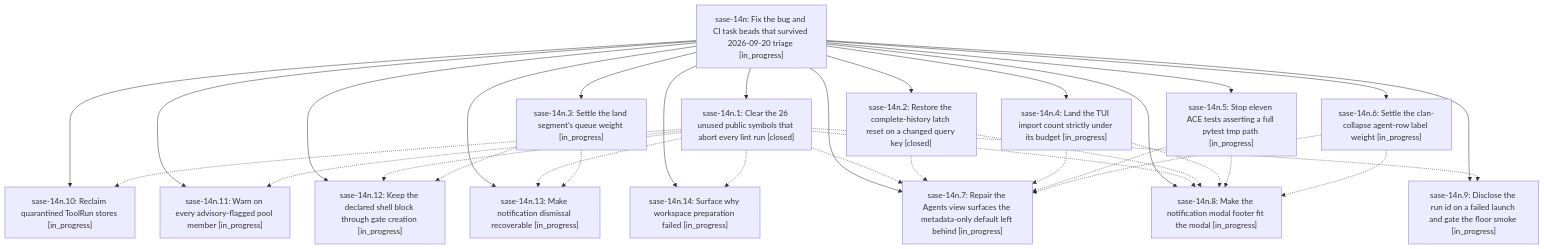
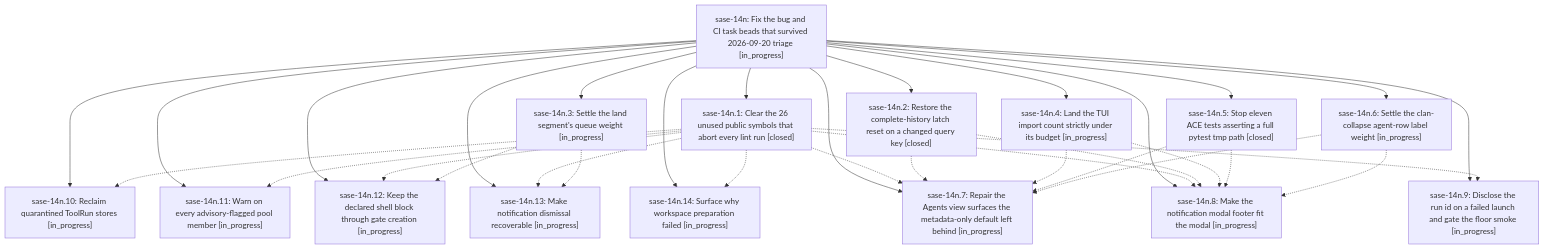
The diagram in pages/sase-14n/README.md (sase-org/sase--beads), drawn with Mermaid before and after one commit. The commit also changed other lines of this file and 3 other files, not shown here.

````diff
--- a/pages/sase-14n/README.md
+++ b/pages/sase-14n/README.md
@@ -35,50 +35,50 @@
 ```mermaid
 flowchart TD
     n0["sase-14n: Fix the bug and CI task beads that survived 2026-09-20 triage [in_progress]"]
     n1["sase-14n.1: Clear the 26 unused public symbols that abort every lint run [closed]"]
     n2["sase-14n.10: Reclaim quarantined ToolRun stores [in_progress]"]
     n3["sase-14n.11: Warn on every advisory-flagged pool member [in_progress]"]
     n4["sase-14n.12: Keep the declared shell block through gate creation [in_progress]"]
     n5["sase-14n.13: Make notification dismissal recoverable [in_progress]"]
     n6["sase-14n.14: Surface why workspace preparation failed [in_progress]"]
     n7["sase-14n.2: Restore the complete-history latch reset on a changed query key [closed]"]
     n8["sase-14n.3: Settle the land segment's queue weight [in_progress]"]
     n9["sase-14n.4: Land the TUI import count strictly under its budget [in_progress]"]
-    n10["sase-14n.5: Stop eleven ACE tests asserting a full pytest tmp path [in_progress]"]
+    n10["sase-14n.5: Stop eleven ACE tests asserting a full pytest tmp path [closed]"]
     n11["sase-14n.6: Settle the clan-collapse agent-row label weight [in_progress]"]
     n12["sase-14n.7: Repair the Agents view surfaces the metadata-only default left behind [in_progress]"]
     n13["sase-14n.8: Make the notification modal footer fit the modal [in_progress]"]
     n14["sase-14n.9: Disclose the run id on a failed launch and gate the floor smoke [in_progress]"]
     n0 --> n1
     n0 --> n2
     n0 --> n3
     n0 --> n4
     n0 --> n5
     n0 --> n6
     n0 --> n7
     n0 --> n8
     n0 --> n9
     n0 --> n10
     n0 --> n11
     n0 --> n12
     n0 --> n13
     n0 --> n14
     n1 -.-> n2
     n1 -.-> n3
     n1 -.-> n4
     n1 -.-> n5
     n1 -.-> n6
     n1 -.-> n12
     n1 -.-> n13
     n1 -.-> n14
     n7 -.-> n12
     n7 -.-> n13
     n8 -.-> n4
     n8 -.-> n5
     n9 -.-> n12
     n9 -.-> n13
     n10 -.-> n12
     n10 -.-> n13
     n11 -.-> n12
     n11 -.-> n13
 ```
````
